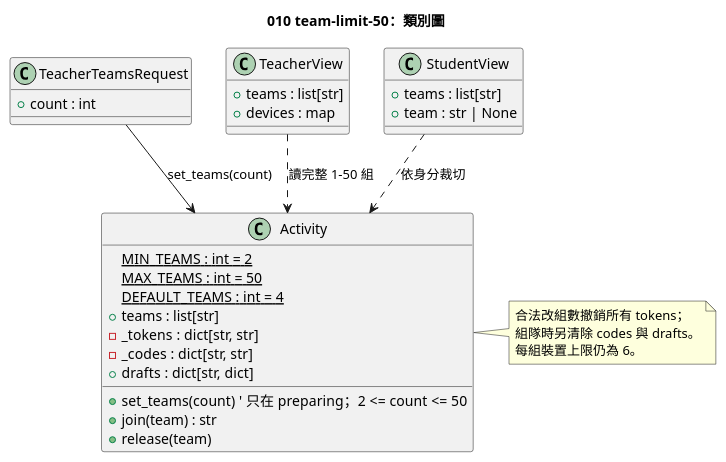
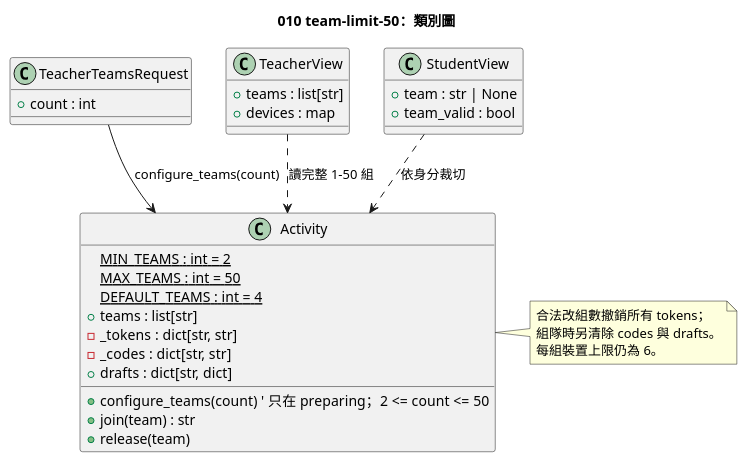
One commit to yue083139/software_fin-speckit changed the diagram in diagrams/010-team-limit-50-class.puml. Above: the diagram before and after it, drawn with PlantUML. The commit also changed 5 other files, not shown here.

Commit message:
docs(diagrams): [CORE] 訂正五十組圖碼一致性

```diff
--- a/diagrams/010-team-limit-50-class.puml
+++ b/diagrams/010-team-limit-50-class.puml
@@ -1,39 +1,39 @@
 @startuml 010-team-limit-50-class
 title 010 team-limit-50：類別圖
 
 class Activity {
   {static} MIN_TEAMS : int = 2
   {static} MAX_TEAMS : int = 50
   {static} DEFAULT_TEAMS : int = 4
   + teams : list[str]
   - _tokens : dict[str, str]
   - _codes : dict[str, str]
   + drafts : dict[str, dict]
-  + set_teams(count)  ' 只在 preparing；2 <= count <= 50
+  + configure_teams(count)  ' 只在 preparing；2 <= count <= 50
   + join(team) : str
   + release(team)
 }
 
 class TeacherTeamsRequest {
   + count : int
 }
 
 class TeacherView {
   + teams : list[str]
   + devices : map
 }
 
 class StudentView {
-  + teams : list[str]
   + team : str | None
+  + team_valid : bool
 }
 
-TeacherTeamsRequest --> Activity : set_teams(count)
+TeacherTeamsRequest --> Activity : configure_teams(count)
 TeacherView ..> Activity : 讀完整 1–50 組
 StudentView ..> Activity : 依身分裁切
 note right of Activity
   合法改組數撤銷所有 tokens；
   組隊時另清除 codes 與 drafts。
   每組裝置上限仍為 6。
 end note
 @enduml
```
